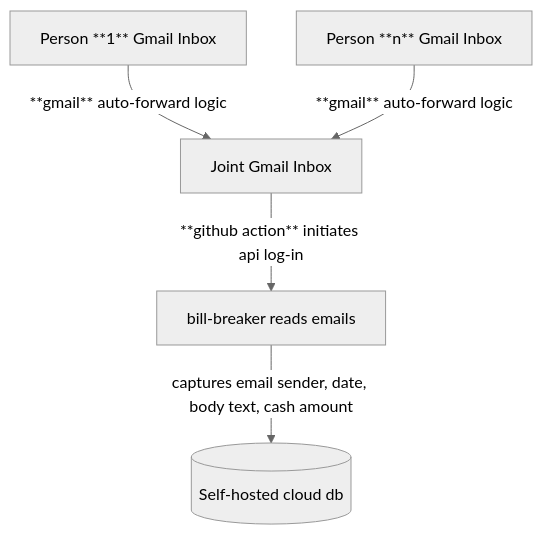
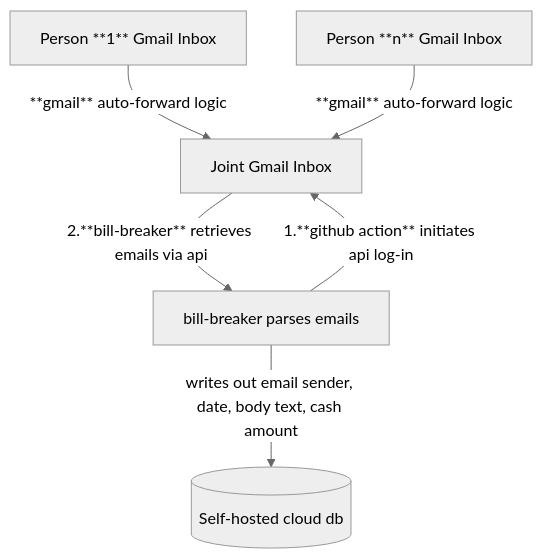
One commit to peter-amerkhanian/bill-breaker changed the diagram in README.md. Above: the diagram before and after it, drawn with Mermaid (neutral theme). The commit also changed other lines of this file, not shown here.

````diff
--- a/README.md
+++ b/README.md
@@ -6,10 +7,11 @@
 ```mermaid
 flowchart TD
    A[Person **1** Gmail Inbox]
     B[Person **n** Gmail Inbox]
     A -->|**gmail** auto-forward logic| C 
     B -->|**gmail** auto-forward logic| C[Joint Gmail Inbox]
-    C -->|**github action** initiates api log-in| D["`bill-breaker reads emails`"]
-    D -->|captures email sender, date, body text, cash amount| E[(Self-hosted cloud db)]
+    D["`bill-breaker reads emails`"] -->|1.**github action** initiates api log-in| C
+    C -->|2.**bill-breaker** retrieves emails via api| D["`bill-breaker parses emails`"]
+    D -->|writes out email sender, date, body text, cash amount| E[(Self-hosted cloud db)]
 
 ```
````
